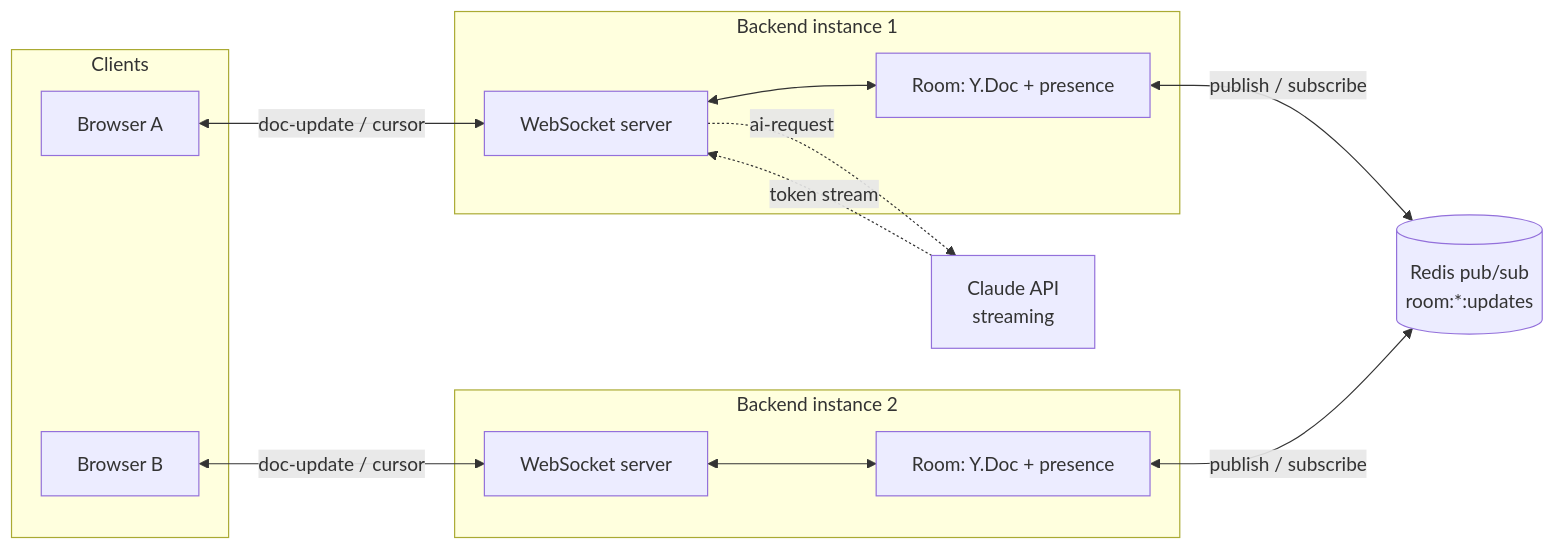
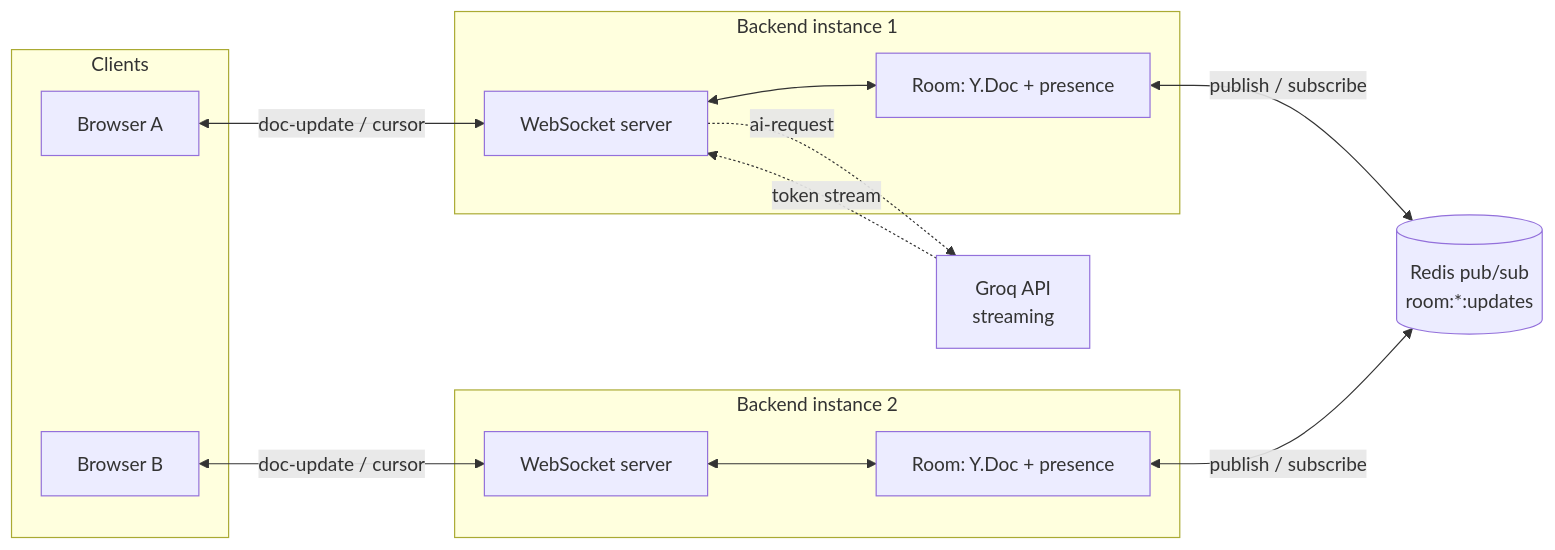
The diagram in README.md (megradhikan/pulse), drawn with Mermaid before and after one commit. The commit also changed other lines of this file and 6 other files, not shown here.

First line of the commit message:
Swap AI provider from Claude to Groq (free tier)

````diff
--- a/README.md
+++ b/README.md
@@ -27,29 +28,29 @@
 ```mermaid
 flowchart LR
     subgraph Clients
         A[Browser A]
         B[Browser B]
     end
 
     subgraph "Backend instance 1"
         WS1[WebSocket server]
         Room1[Room: Y.Doc + presence]
     end
 
     subgraph "Backend instance 2"
         WS2[WebSocket server]
         Room2[Room: Y.Doc + presence]
     end
 
     Redis[(Redis pub/sub<br/>room:*:updates)]
-    Claude[Claude API<br/>streaming]
+    Groq[Groq API<br/>streaming]
 
     A <--doc-update / cursor--> WS1
     B <--doc-update / cursor--> WS2
     WS1 <--> Room1
     WS2 <--> Room2
     Room1 <-- publish / subscribe --> Redis
     Room2 <-- publish / subscribe --> Redis
-    WS1 -. ai-request .-> Claude
-    Claude -. token stream .-> WS1
+    WS1 -. ai-request .-> Groq
+    Groq -. token stream .-> WS1
 ```
````
